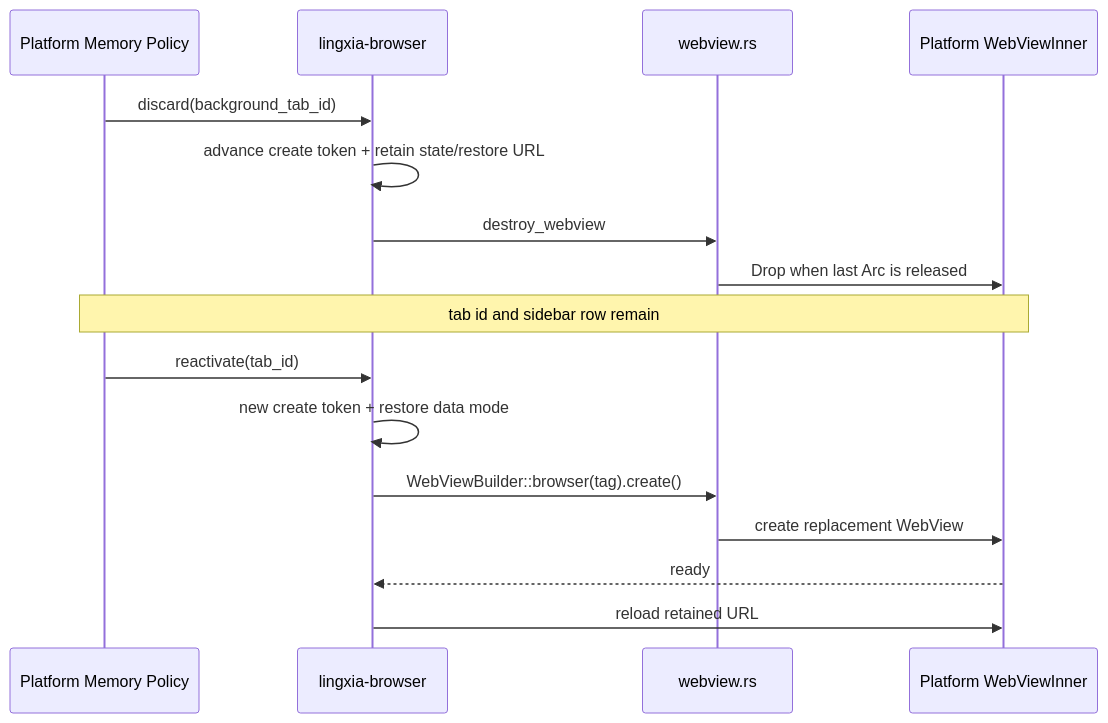
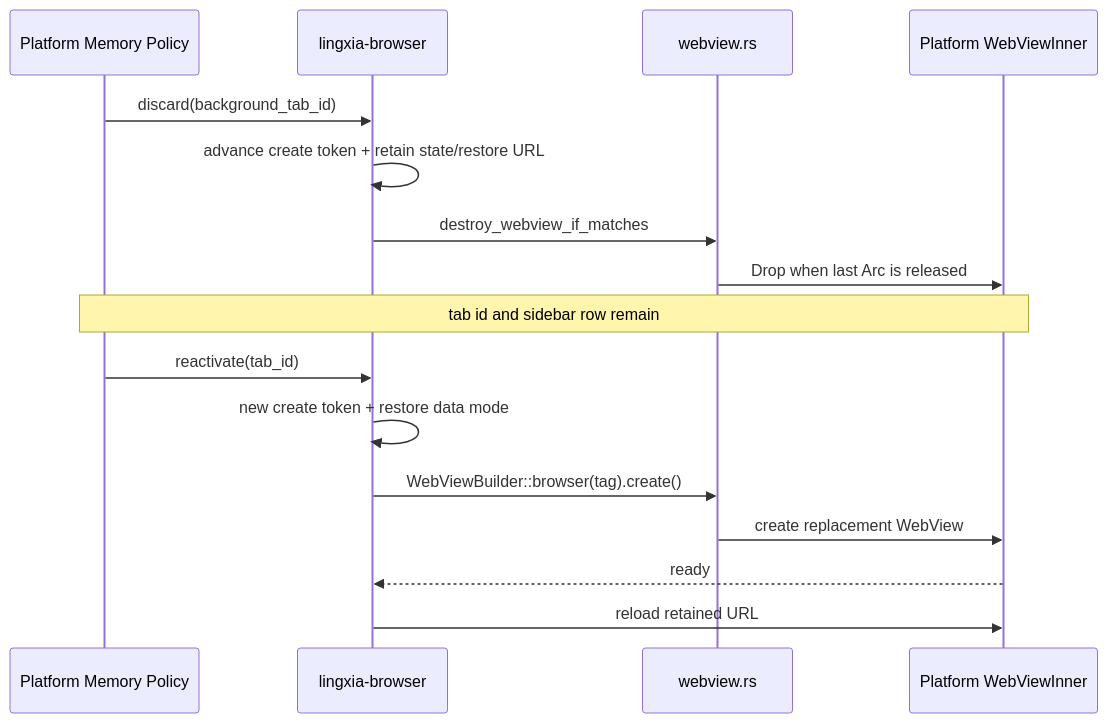
The fourth of 5 diagrams in docs/internal/webview-lifecycle.md (LingXia-Dev/LingXia), drawn with Mermaid before and after one commit. The commit also changed other lines of this file and 30 other files, not shown here.

````diff
--- a/docs/internal/webview-lifecycle.md
+++ b/docs/internal/webview-lifecycle.md
@@ -896,21 +900,21 @@
 ```mermaid
 sequenceDiagram
   participant Policy as Platform Memory Policy
   participant Browser as lingxia-browser
   participant Core as webview.rs
   participant Backend as Platform WebViewInner
 
   Policy->>Browser: discard(background_tab_id)
   Browser->>Browser: advance create token + retain state/restore URL
-  Browser->>Core: destroy_webview
+  Browser->>Core: destroy_webview_if_matches
   Core->>Backend: Drop when last Arc is released
 
   Note over Policy,Backend: tab id and sidebar row remain
 
   Policy->>Browser: reactivate(tab_id)
   Browser->>Browser: new create token + restore data mode
   Browser->>Core: WebViewBuilder::browser(tag).create()
   Core->>Backend: create replacement WebView
   Backend-->>Browser: ready
   Browser->>Backend: reload retained URL
 ```
````
